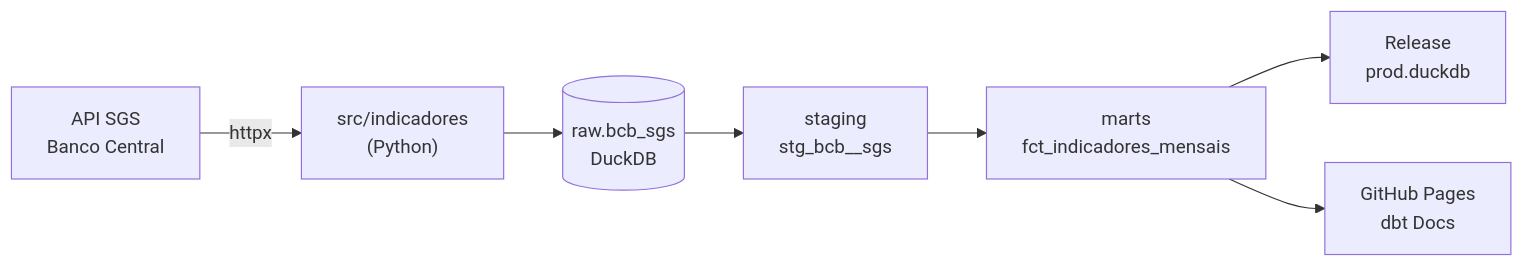
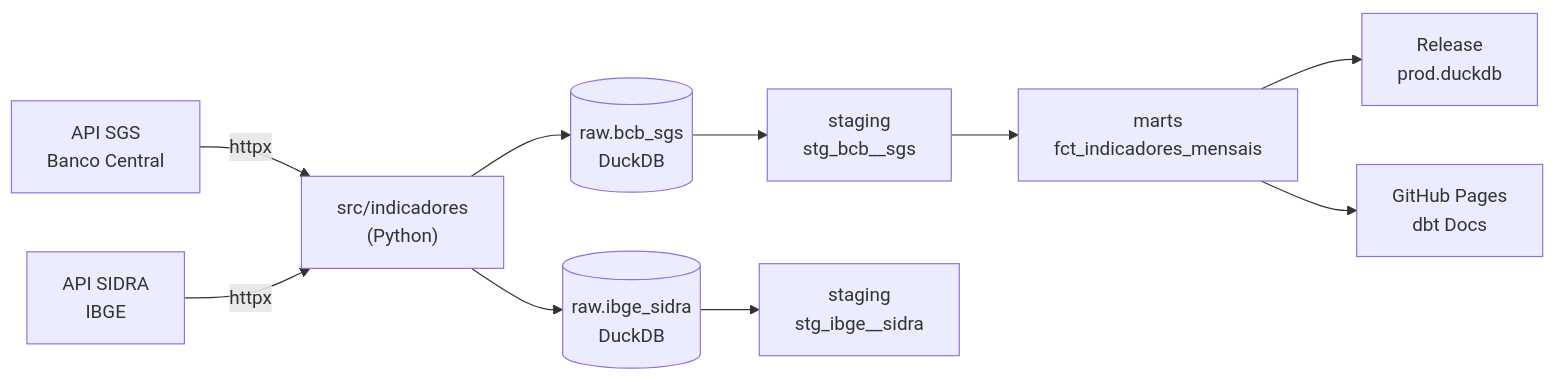
Before and after one commit to Jones51/indicadores-br: the first of 2 diagrams in README.md, drawn with Mermaid. The commit also changed other lines of this file and 2 other files, not shown here.

Commit message:
documenta extrator IBGE: ADR 0004, README e CLAUDE.md

````diff
--- a/README.md
+++ b/README.md
@@ -5,9 +5,12 @@
 ```mermaid
 flowchart LR
     api["API SGS<br/>Banco Central"] -->|httpx| py["src/indicadores<br/>(Python)"]
+    sidra["API SIDRA<br/>IBGE"] -->|httpx| py
     py --> raw[("raw.bcb_sgs<br/>DuckDB")]
+    py --> rawi[("raw.ibge_sidra<br/>DuckDB")]
     raw --> stg["staging<br/>stg_bcb__sgs"]
+    rawi --> stgi["staging<br/>stg_ibge__sidra"]
     stg --> mart["marts<br/>fct_indicadores_mensais"]
     mart --> rel["Release<br/>prod.duckdb"]
     mart --> docs["GitHub Pages<br/>dbt Docs"]
 ```
````
